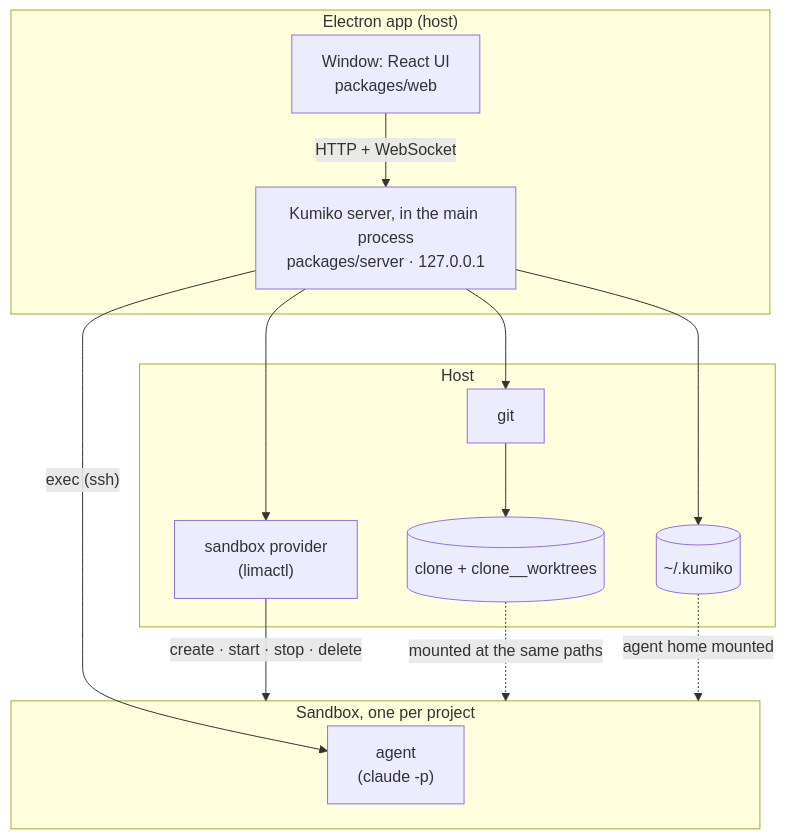
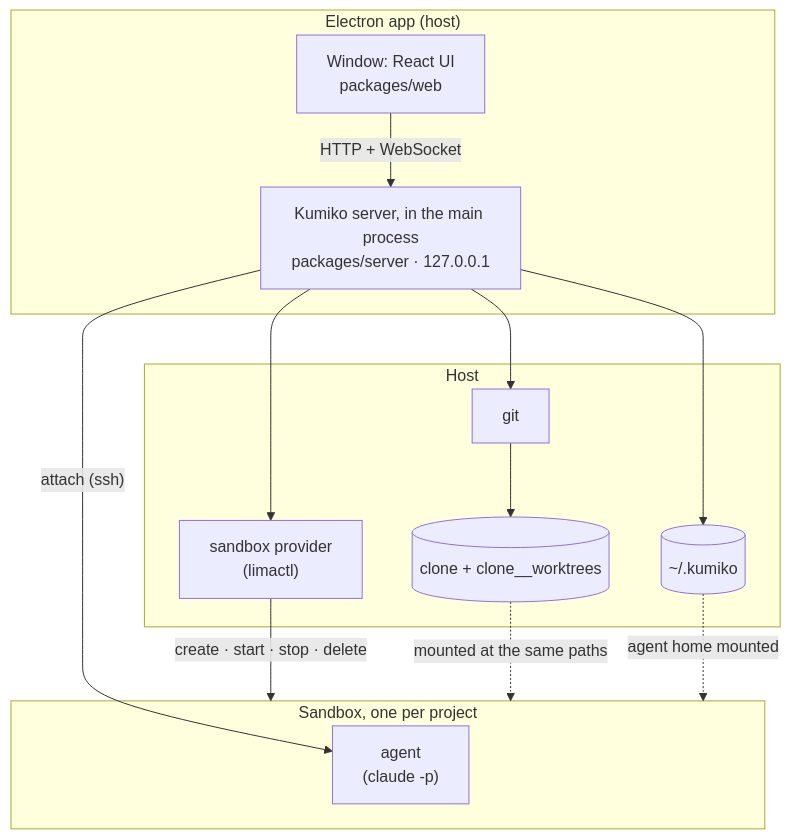
Before and after one commit to szajbus/kumiko: the first of 2 diagrams in apps/docs/src/content/docs/architecture/overview.md, drawn with Mermaid. The commit also changed other lines of this file and 7 other files, not shown here.

````diff
--- a/apps/docs/src/content/docs/architecture/overview.md
+++ b/apps/docs/src/content/docs/architecture/overview.md
@@ -11,25 +11,25 @@
 ```mermaid
 flowchart TB
   subgraph app["Electron app (host)"]
     win["Window: React UI<br/>packages/web"]
     server["Kumiko server, in the main process<br/>packages/server · 127.0.0.1"]
     win -- "HTTP + WebSocket" --> server
   end
   subgraph hostside["Host"]
     provider["sandbox provider<br/>(limactl)"]
     git["git"]
     data[("~/.kumiko")]
     clone[("clone + clone__worktrees")]
   end
   subgraph sb["Sandbox, one per project"]
     agent["agent<br/>(claude -p)"]
   end
   server --> provider
   server --> git
   server --> data
   git --> clone
   provider -- "create · start · stop · delete" --> sb
-  server -- "exec (ssh)" --> agent
+  server -- "attach (ssh)" --> agent
   clone -. "mounted at the same paths" .-> sb
   data -. "agent home mounted" .-> sb
 ```
````
